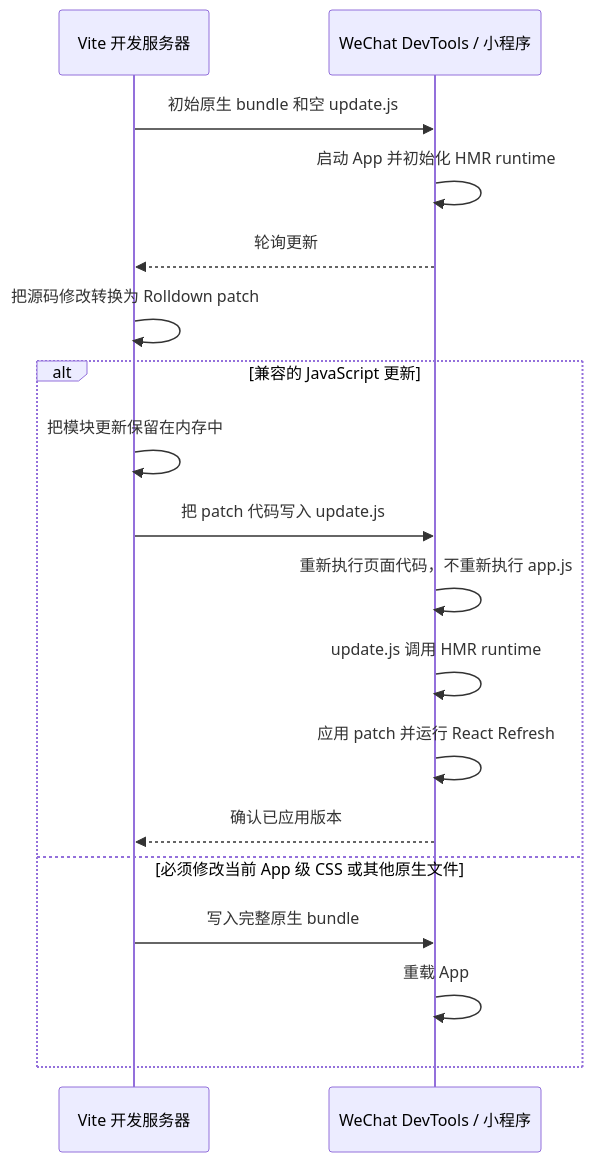
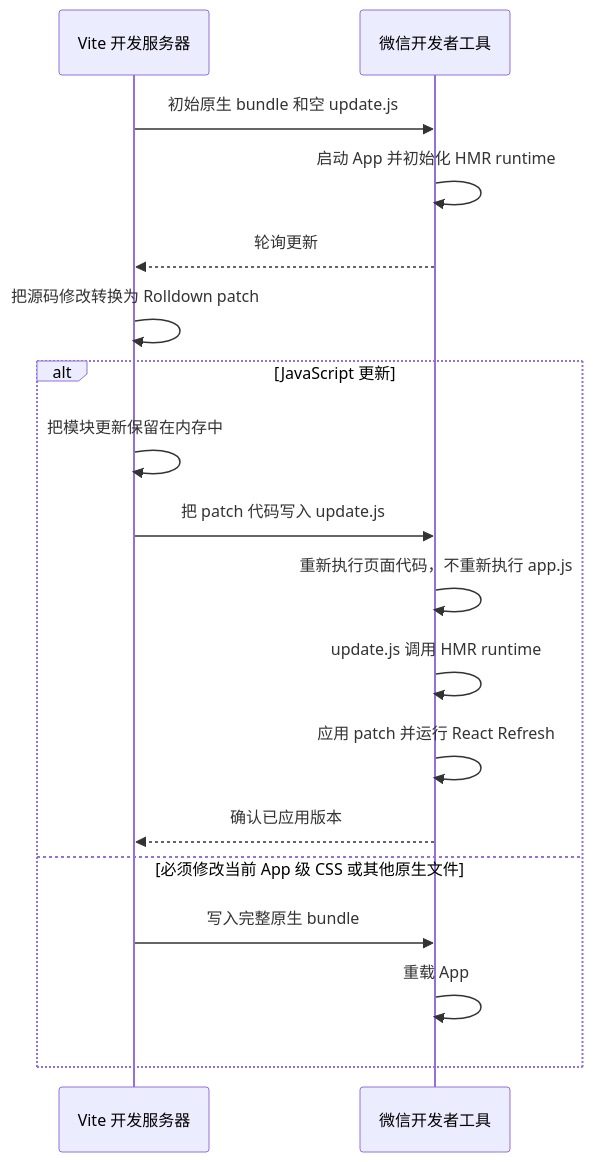
Before and after one commit to sep2/vite-plugin-taro: the diagram in draft/hmr-architecture.zh.md, drawn with Mermaid. The commit also changed other lines of this file and 9 other files, not shown here.

Commit message:
docs: enhance HMR and core architecture drafts with state-preserving hot reload details and `compileHotReLoad` requirement

````diff
--- a/draft/hmr-architecture.zh.md
+++ b/draft/hmr-architecture.zh.md
@@ -46,23 +54,23 @@
 ```mermaid
 sequenceDiagram
     participant Server as Vite 开发服务器
-    participant WX as WeChat DevTools / 小程序
+    participant WX as 微信开发者工具
 
     Server->>WX: 初始原生 bundle 和空 update.js
     WX->>WX: 启动 App 并初始化 HMR runtime
     WX-->>Server: 轮询更新
 
     Server->>Server: 把源码修改转换为 Rolldown patch
 
-    alt 兼容的 JavaScript 更新
+    alt JavaScript 更新
         Server->>Server: 把模块更新保留在内存中
         Server->>WX: 把 patch 代码写入 update.js
         WX->>WX: 重新执行页面代码，不重新执行 app.js
         WX->>WX: update.js 调用 HMR runtime
         WX->>WX: 应用 patch 并运行 React Refresh
         WX-->>Server: 确认已应用版本
     else 必须修改当前 App 级 CSS 或其他原生文件
         Server->>WX: 写入完整原生 bundle
         WX->>WX: 重载 App
     end
 ```
````
